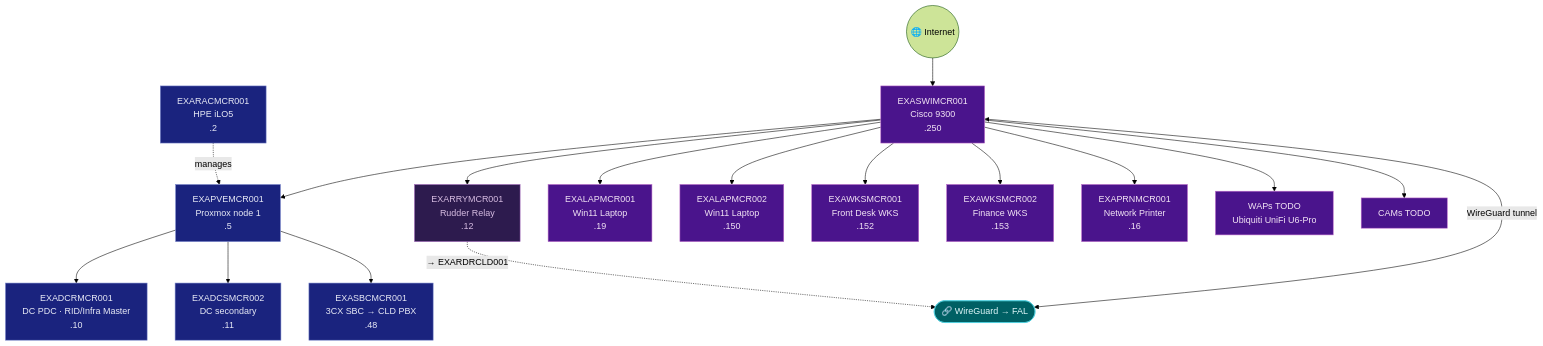
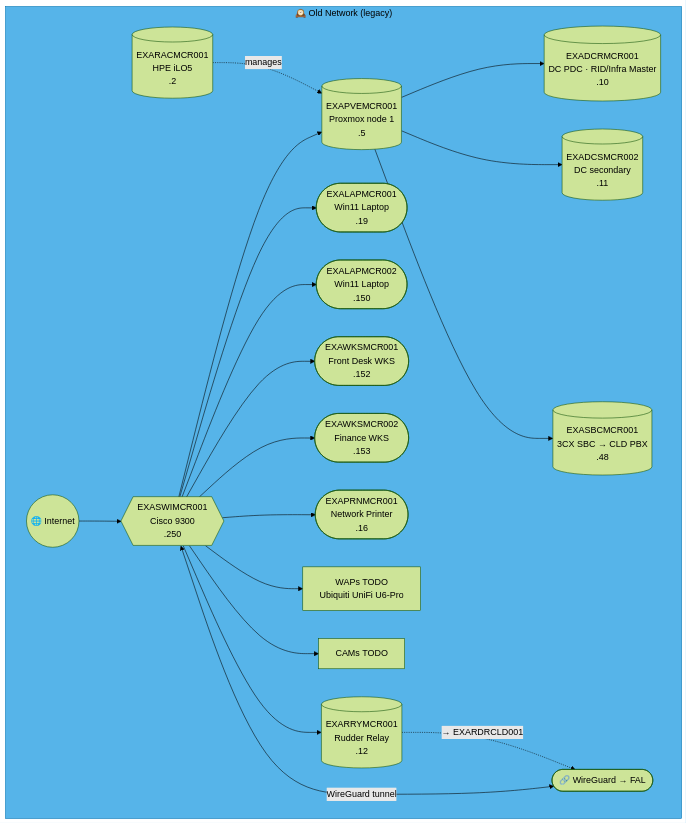
Diagram 11 of 47 in docs/network-diagram.md (knightmare2600/example_music_infra), drawn with Mermaid (forest theme) before and after one commit. The commit also changed other lines of this file and 2 other files, not shown here.

````diff
--- a/docs/network-diagram.md
+++ b/docs/network-diagram.md
@@ -640,38 +605,31 @@
 ```mermaid
 graph TD
-    INET(("🌐 Internet"))
-    SW["EXASWIMCR001<br/>Cisco 9300<br/>.250"]
-    RAC["EXARACMCR001<br/>HPE iLO5<br/>.2"]
-    PVE["EXAPVEMCR001<br/>Proxmox node 1<br/>.5"]
-    DC1["EXADCRMCR001<br/>DC PDC · RID/Infra Master<br/>.10"]
-    DC2["EXADCSMCR002<br/>DC secondary<br/>.11"]
-    SBC["EXASBCMCR001<br/>3CX SBC → CLD PBX<br/>.48"]
-    RRY["EXARRYMCR001<br/>Rudder Relay<br/>.12"]
-    LAP1["EXALAPMCR001<br/>Win11 Laptop<br/>.19"]
-    LAP2["EXALAPMCR002<br/>Win11 Laptop<br/>.150"]
-    WKS1["EXAWKSMCR001<br/>Front Desk WKS<br/>.152"]
-    WKS2["EXAWKSMCR002<br/>Finance WKS<br/>.153"]
-    PRN["EXAPRNMCR001<br/>Network Printer<br/>.16"]
-    WAP["WAPs TODO<br/>Ubiquiti UniFi U6-Pro"]
-    CAM["CAMs TODO"]
-    VPN(["🔗 WireGuard → FAL"])
+    subgraph OLD_MCR ["🕰️ Old Network (legacy)"]
+      INET(("🌐 Internet"))
+      SW{{"EXASWIMCR001<br/>Cisco 9300<br/>.250"}}
+      RAC[("EXARACMCR001<br/>HPE iLO5<br/>.2")]
+      PVE[("EXAPVEMCR001<br/>Proxmox node 1<br/>.5")]
+      DC1[("EXADCRMCR001<br/>DC PDC · RID/Infra Master<br/>.10")]
+      DC2[("EXADCSMCR002<br/>DC secondary<br/>.11")]
+      SBC[("EXASBCMCR001<br/>3CX SBC → CLD PBX<br/>.48")]
+      RRY[("EXARRYMCR001<br/>Rudder Relay<br/>.12")]
+      LAP1(["EXALAPMCR001<br/>Win11 Laptop<br/>.19"])
+      LAP2(["EXALAPMCR002<br/>Win11 Laptop<br/>.150"])
+      WKS1(["EXAWKSMCR001<br/>Front Desk WKS<br/>.152"])
+      WKS2(["EXAWKSMCR002<br/>Finance WKS<br/>.153"])
+      PRN(["EXAPRNMCR001<br/>Network Printer<br/>.16"])
+      WAP["WAPs TODO<br/>Ubiquiti UniFi U6-Pro"]
+      CAM["CAMs TODO"]
+      VPN(["🔗 WireGuard → FAL"])
 
-    INET --> SW
-    SW --> PVE --> DC1 & DC2 & SBC
-    RAC -.->|"manages"| PVE
-    SW --> LAP1 & LAP2 & WKS1 & WKS2 & PRN & WAP & CAM
-    SW <-->|"WireGuard tunnel"| VPN
+      INET --> SW
+      SW --> PVE --> DC1 & DC2 & SBC
+      RAC -.->|"manages"| PVE
+      SW --> LAP1 & LAP2 & WKS1 & WKS2 & PRN & WAP & CAM
+      SW <-->|"WireGuard tunnel"| VPN
 
-    SW --> RRY
-    RRY -. "→ EXARDRCLD001" .-> VPN
-    classDef net fill:#4a148c,stroke:#ba68c8,color:#f3e5f5
-    classDef srv fill:#1a237e,stroke:#7986cb,color:#e8eaf6
-    classDef ep fill:#4a148c,stroke:#ba68c8,color:#f3e5f5
-    classDef vpn fill:#006064,stroke:#4dd0e1,color:#e0f7fa
-    classDef rudder fill:#2d1b4e,stroke:#a569bd,color:#d7bde2
-    class SW net
-    class PVE,DC1,DC2,SBC,RAC srv
-    class RRY rudder
-    class LAP1,LAP2,WKS1,WKS2,PRN,WAP,CAM ep
-    class VPN vpn
+      SW --> RRY
+      RRY -. "→ EXARDRCLD001" .-> VPN
+    end
+    style OLD_MCR fill:#56B4E9,stroke:#0072B2,color:#000000
 ```
````
